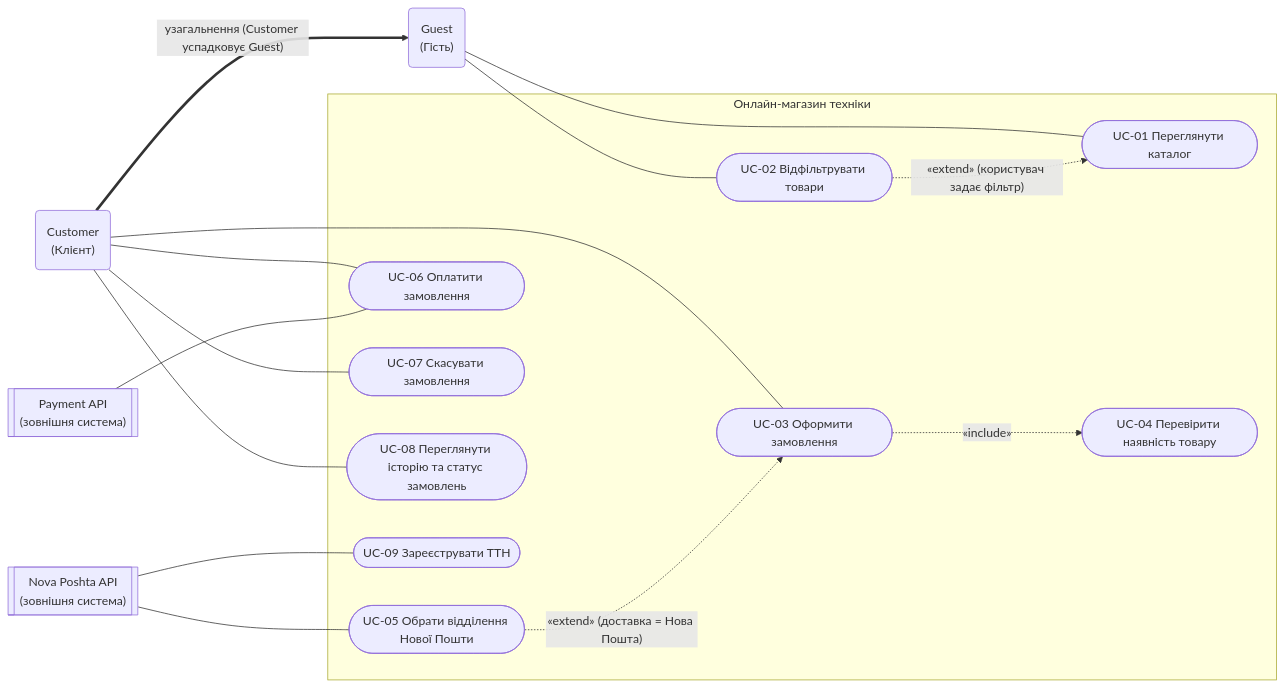
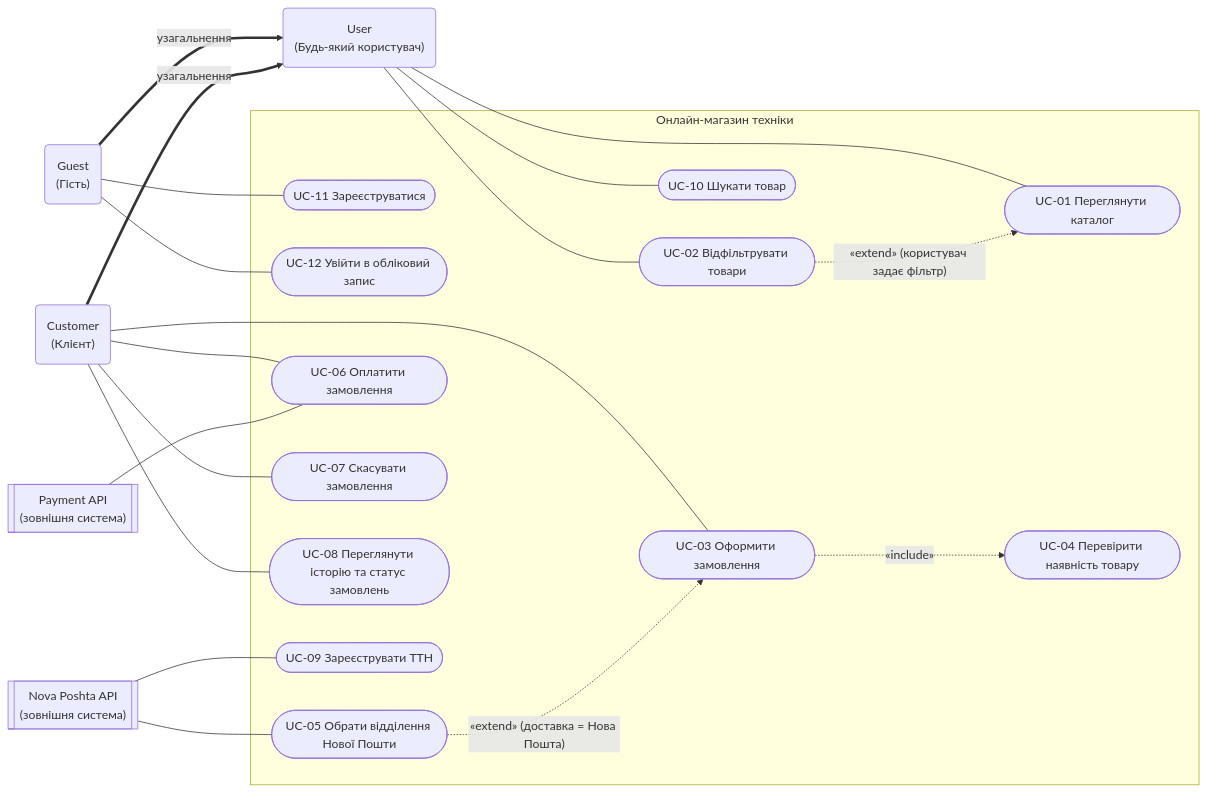
One commit to AlegZabivnoy/Software-engineering-components-2- changed the diagram in use-case.mmd. Above: the diagram before and after it, drawn with Mermaid. The commit also changed 5 other files, not shown here.

```diff
--- a/use-case.mmd
+++ b/use-case.mmd
@@ -1,33 +1,41 @@
 flowchart LR
+    User("User<br/>(Будь-який користувач)")
     Guest("Guest<br/>(Гість)")
     Customer("Customer<br/>(Клієнт)")
     Pay[["Payment API<br/>(зовнішня система)"]]
     NP[["Nova Poshta API<br/>(зовнішня система)"]]
 
     subgraph System["Онлайн-магазин техніки"]
         UC01(["UC-01 Переглянути каталог"])
         UC02(["UC-02 Відфільтрувати товари"])
+        UC10(["UC-10 Шукати товар"])
+        UC11(["UC-11 Зареєструватися"])
+        UC12(["UC-12 Увійти в обліковий запис"])
         UC03(["UC-03 Оформити замовлення"])
         UC04(["UC-04 Перевірити наявність товару"])
         UC05(["UC-05 Обрати відділення Нової Пошти"])
         UC06(["UC-06 Оплатити замовлення"])
         UC07(["UC-07 Скасувати замовлення"])
         UC08(["UC-08 Переглянути історію та статус замовлень"])
         UC09(["UC-09 Зареєструвати ТТН"])
     end
 
-    Customer ==>|"узагальнення (Customer успадковує Guest)"| Guest
+    Guest ==>|"узагальнення"| User
+    Customer ==>|"узагальнення"| User
 
-    Guest --- UC01
-    Guest --- UC02
+    User --- UC01
+    User --- UC02
+    User --- UC10
+    Guest --- UC11
+    Guest --- UC12
     Customer --- UC03
     Customer --- UC06
     Customer --- UC07
     Customer --- UC08
     Pay --- UC06
     NP --- UC05
     NP --- UC09
 
     UC03 -. "«include»" .-> UC04
     UC05 -. "«extend» (доставка = Нова Пошта)" .-> UC03
     UC02 -. "«extend» (користувач задає фільтр)" .-> UC01
```
